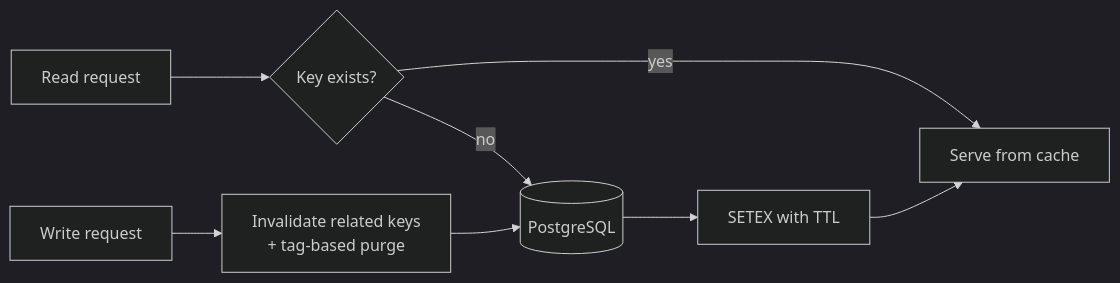
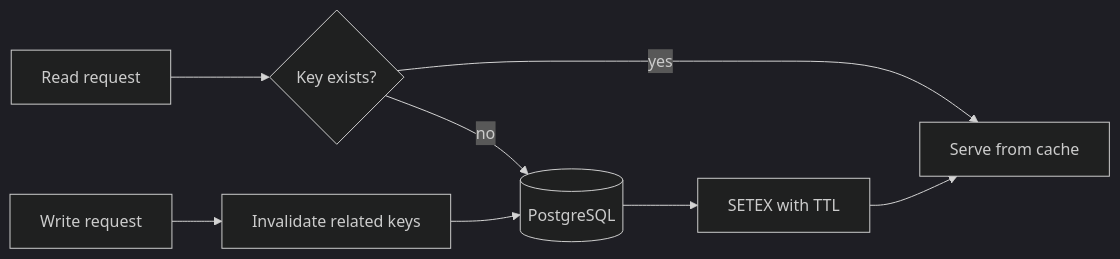
The sixth of 9 diagrams in docs/architecture/03-backend-architecture.md (jeerupraveen04/Newswatchrequirement), drawn with Mermaid (dark theme) before and after one commit. The commit also changed other lines of this file and 64 other files, not shown here.

````diff
--- a/docs/architecture/03-backend-architecture.md
+++ b/docs/architecture/03-backend-architecture.md
@@ -623,7 +628,7 @@
 ```mermaid
 flowchart LR
   Req[Read request] --> Key{Key exists?}
   Key -- yes --> Return[Serve from cache]
   Key -- no --> DB[(PostgreSQL)] --> Set[SETEX with TTL] --> Return
-  Write[Write request] --> Invalidate[Invalidate related keys\n+ tag-based purge] --> DB
+  Write[Write request] --> Invalidate[Invalidate related keys] --> DB
 ```
````
